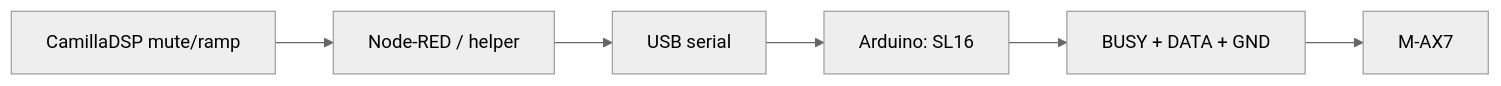
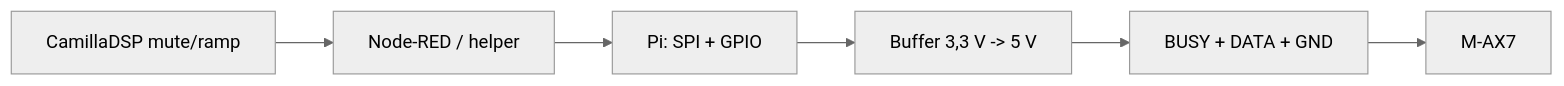
The diagram in docs/hardware/kenwood-ax7-system-control.md (Elvis-Christian/PiCeiver), drawn with Mermaid (neutral theme) before and after one commit. The commit also changed other lines of this file and 5 other files, not shown here.

````diff
--- a/docs/hardware/kenwood-ax7-system-control.md
+++ b/docs/hardware/kenwood-ax7-system-control.md
@@ -151,8 +158,8 @@
 ```mermaid
 flowchart LR
-  NR["Node-RED / helper"] --> USB["USB serial"]
-  USB --> UNO["Arduino: SL16"]
-  UNO --> BUS["BUSY + DATA + GND"]
+  NR["Node-RED / helper"] --> PI["Pi: SPI + GPIO"]
+  PI --> BUF["Buffer 3,3 V -> 5 V"]
+  BUF --> BUS["BUSY + DATA + GND"]
   BUS --> AMP["M-AX7"]
   CAM["CamillaDSP mute/ramp"] --> NR
 ```
````
